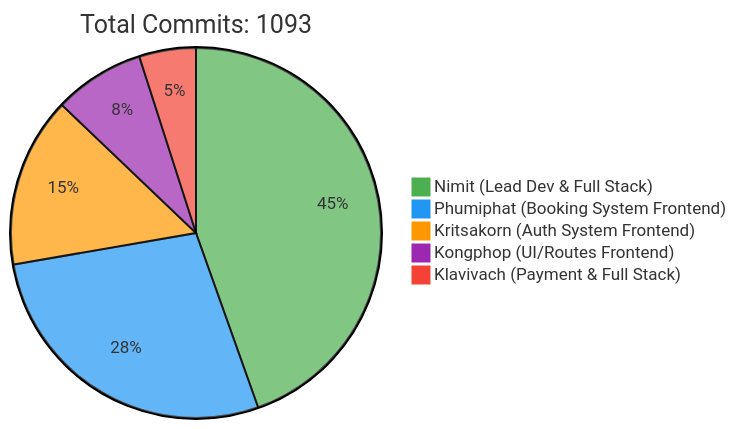
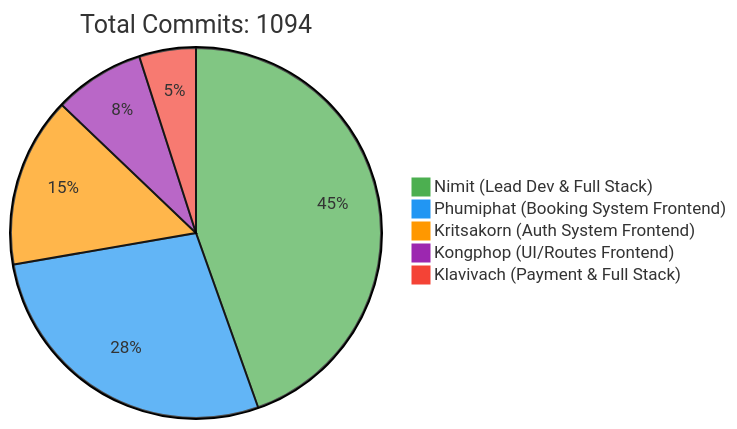
One commit to 6531503042/Sport-Complex changed the first of 2 diagrams in README.md. Above: the diagram before and after it, drawn with Mermaid. The commit also changed other lines of this file, not shown here.

Commit message:
docs: Update contributor statistics [skip ci]

````diff
--- a/README.md
+++ b/README.md
@@ -257,10 +257,10 @@
 ```mermaid
 %%{init: {'theme': 'base', 'themeVariables': { 'pie1': '#4CAF50', 'pie2': '#2196F3', 'pie3': '#FF9800', 'pie4': '#9C27B0', 'pie5': '#F44336'}}}%%
 pie
-    title Total Commits: 1093
+    title Total Commits: 1094
     "Nimit (Lead Dev & Full Stack)" : 450
     "Phumiphat (Booking System Frontend)" : 280
     "Kritsakorn (Auth System Frontend)" : 150
     "Kongphop (UI/Routes Frontend)" : 80
     "Klavivach (Payment & Full Stack)" : 50
 ```
````
